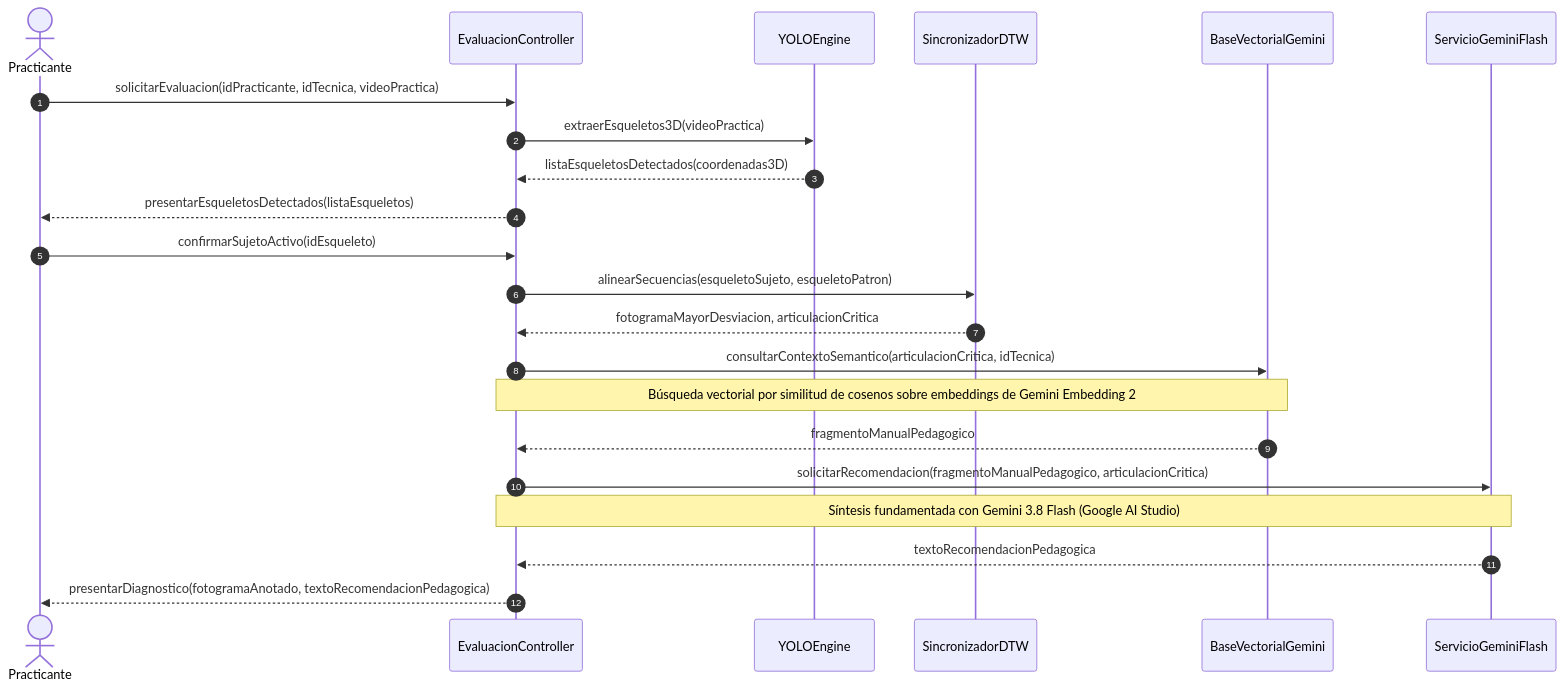
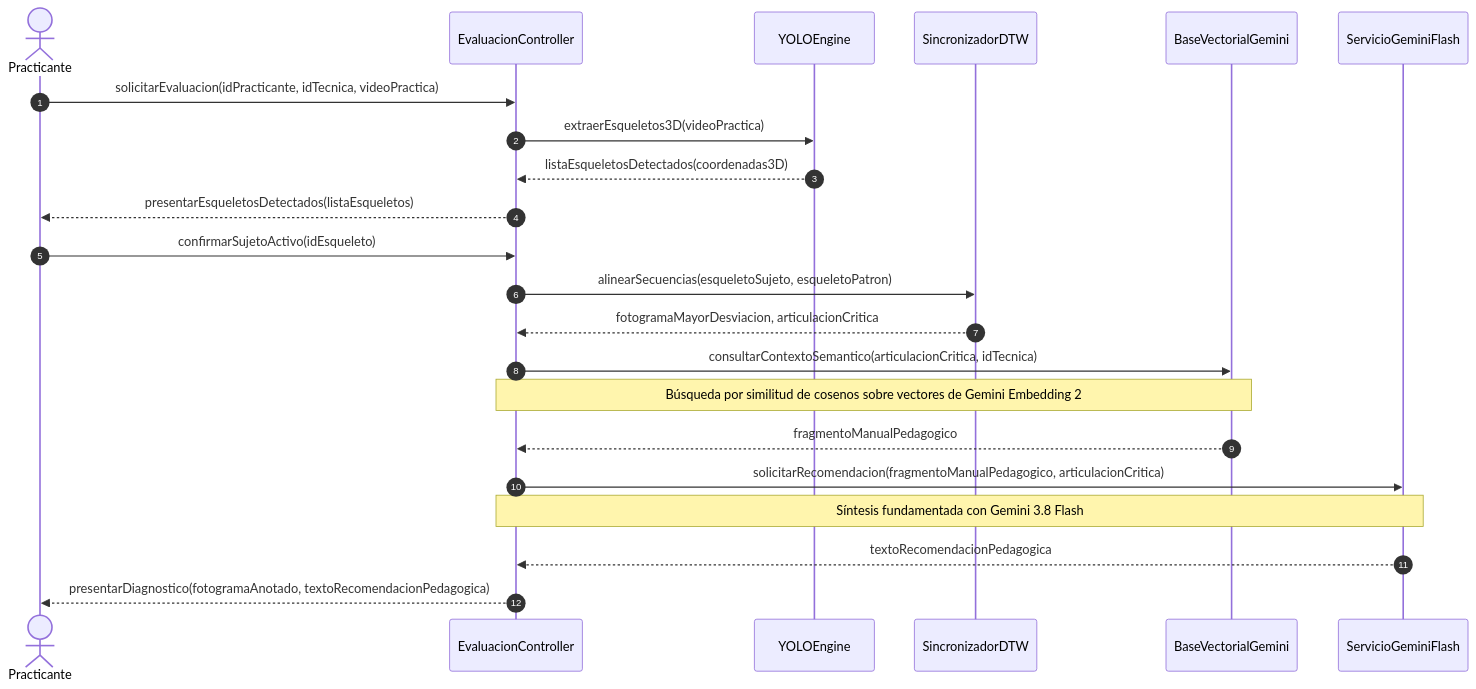
One commit to Tsmrain/JiuJitsu changed the eighth of 9 diagrams in README.md. Above: the diagram before and after it, drawn with Mermaid. The commit also changed other lines of this file, not shown here.

Commit message:
docs: refactor architectural design section with Mermaid diagrams and formal GRASP pattern descriptions.

````diff
--- a/README.md
+++ b/README.md
@@ -569,25 +623,25 @@
 ```mermaid
 sequenceDiagram
     autonumber
     actor P as Practicante
     participant C as EvaluacionController
     participant V as YOLOEngine
     participant D as SincronizadorDTW
     participant R as BaseVectorialGemini
     participant G as ServicioGeminiFlash
 
     P->>C: solicitarEvaluacion(idPracticante, idTecnica, videoPractica)
     C->>V: extraerEsqueletos3D(videoPractica)
     V-->>C: listaEsqueletosDetectados(coordenadas3D)
     C-->>P: presentarEsqueletosDetectados(listaEsqueletos)
     P->>C: confirmarSujetoActivo(idEsqueleto)
     C->>D: alinearSecuencias(esqueletoSujeto, esqueletoPatron)
     D-->>C: fotogramaMayorDesviacion, articulacionCritica
     C->>R: consultarContextoSemantico(articulacionCritica, idTecnica)
-    Note over C,R: Búsqueda vectorial por similitud de cosenos sobre embeddings de Gemini Embedding 2
+    Note over C,R: Búsqueda por similitud de cosenos sobre vectores de Gemini Embedding 2
     R-->>C: fragmentoManualPedagogico
     C->>G: solicitarRecomendacion(fragmentoManualPedagogico, articulacionCritica)
-    Note over C,G: Síntesis fundamentada con Gemini 3.8 Flash (Google AI Studio)
+    Note over C,G: Síntesis fundamentada con Gemini 3.8 Flash
     G-->>C: textoRecomendacionPedagogica
     C-->>P: presentarDiagnostico(fotogramaAnotado, textoRecomendacionPedagogica)
 ```
````
